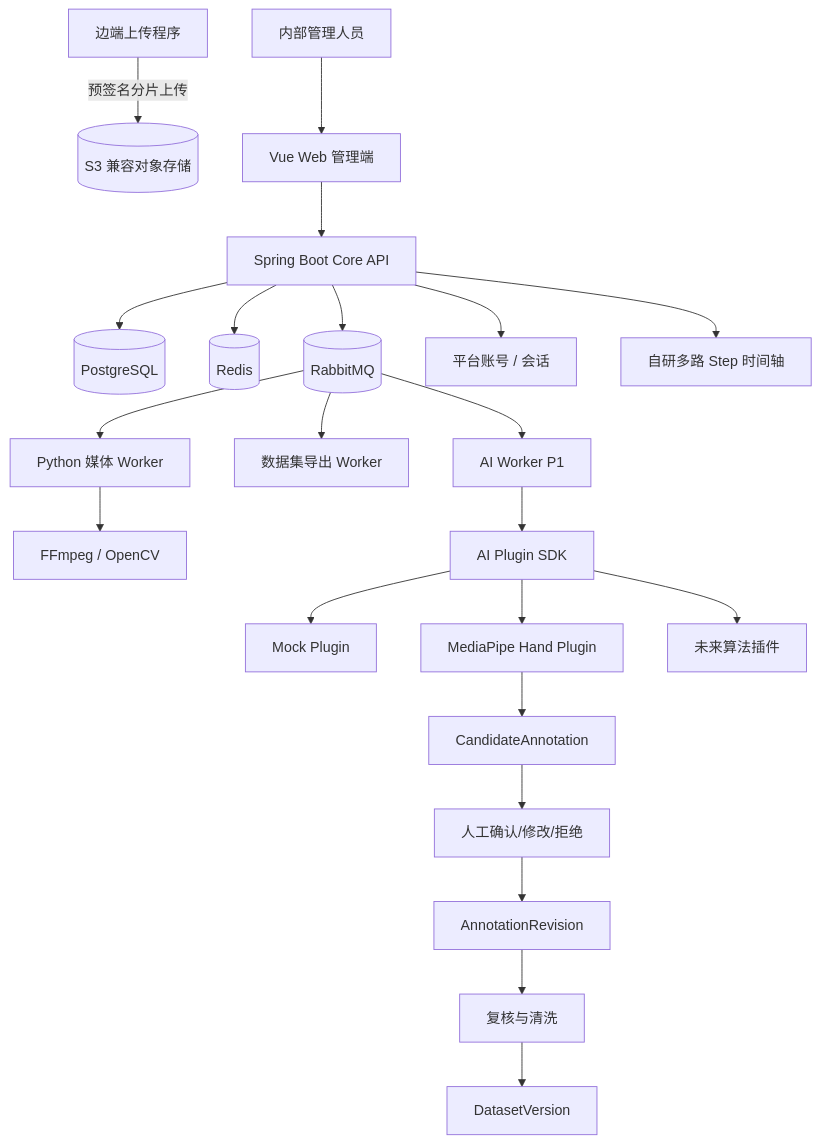
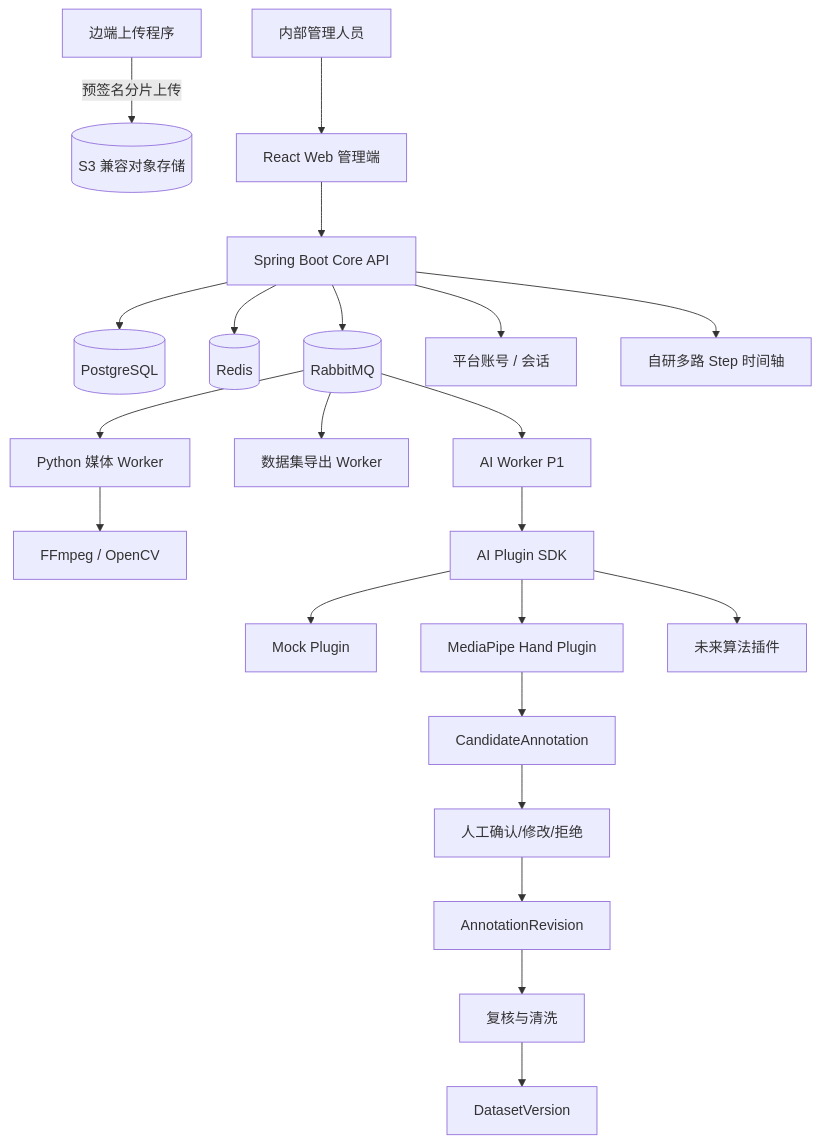
One commit to Soberis/medication-video-platform changed the diagram in docs/architecture/配药平台技术设计.md. Above: the diagram before and after it, drawn with Mermaid. The commit also changed other lines of this file and 71 other files, not shown here.

Commit message:
refactor(web): replace Vue frontend with React

````diff
--- a/docs/architecture/配药平台技术设计.md
+++ b/docs/architecture/配药平台技术设计.md
@@ -246,27 +246,27 @@
 ```mermaid
 flowchart TB
     EDGE[边端上传程序] -->|预签名分片上传| S3[(S3 兼容对象存储)]
-    USER[内部管理人员] --> WEB[Vue Web 管理端]
+    USER[内部管理人员] --> WEB[React Web 管理端]
     WEB --> API[Spring Boot Core API]
 
     API --> PG[(PostgreSQL)]
     API --> REDIS[(Redis)]
     API --> MQ[(RabbitMQ)]
     API --> ACCOUNT[平台账号 / 会话]
     MQ --> MW[Python 媒体 Worker]
     MQ --> EW[数据集导出 Worker]
     MQ --> AW[AI Worker P1]
 
     MW --> FFMPEG[FFmpeg / OpenCV]
     AW --> SDK[AI Plugin SDK]
     SDK --> MOCK[Mock Plugin]
     SDK --> MP[MediaPipe Hand Plugin]
     SDK --> FUTURE[未来算法插件]
 
     API --> TIMELINE[自研多路 Step 时间轴]
     MP --> CAND[CandidateAnnotation]
     CAND --> HUMAN[人工确认/修改/拒绝]
     HUMAN --> REV[AnnotationRevision]
     REV --> REVIEW[复核与清洗]
     REVIEW --> DATASET[DatasetVersion]
 ```
````
